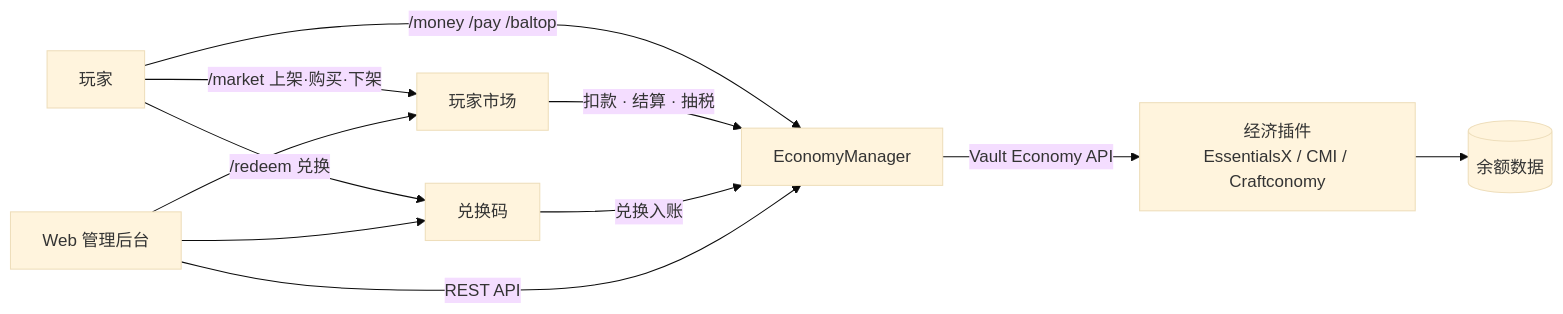
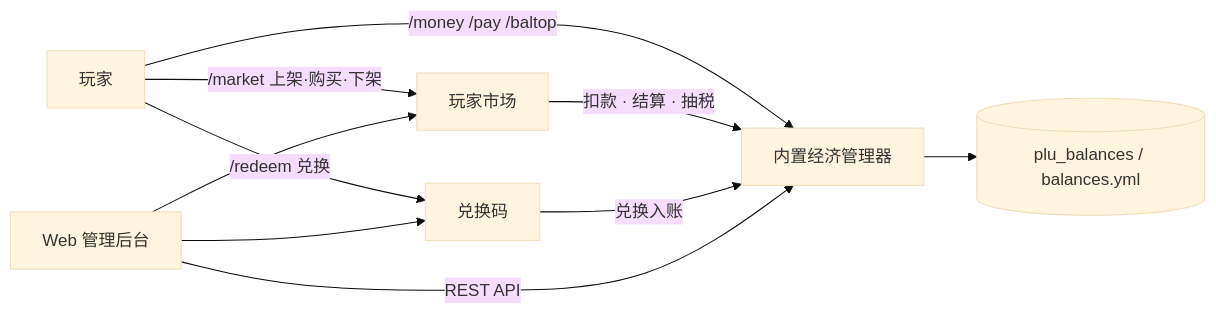
The first of 2 diagrams in README.md (stonestsy/plu-essentials), drawn with Mermaid (base theme) before and after one commit. The commit also changed other lines of this file and 70 other files, not shown here.

First line of the commit message:
feat!: 2.1.0 移除 Vault / 经济插件 / LuckPerms 依赖，改为内置实现

````diff
--- a/README.md
+++ b/README.md
@@ -258,13 +268,12 @@
 ```mermaid
 flowchart LR
-    P[玩家] -->|/money /pay /baltop| EM[EconomyManager]
+    P[玩家] -->|/money /pay /baltop| EM[内置经济管理器]
     P -->|/market 上架·购买·下架| MK[玩家市场]
     P -->|/redeem 兑换| RD[兑换码]
     MK -->|扣款 · 结算 · 抽税| EM
     RD -->|兑换入账| EM
-    EM -->|Vault Economy API| VP[经济插件<br/>EssentialsX / CMI / Craftconomy]
-    VP --> DB[(余额数据)]
+    EM --> ST[(plu_balances / balances.yml)]
     WEB[Web 管理后台] -->|REST API| EM
     WEB --> MK
     WEB --> RD
 ```
````
